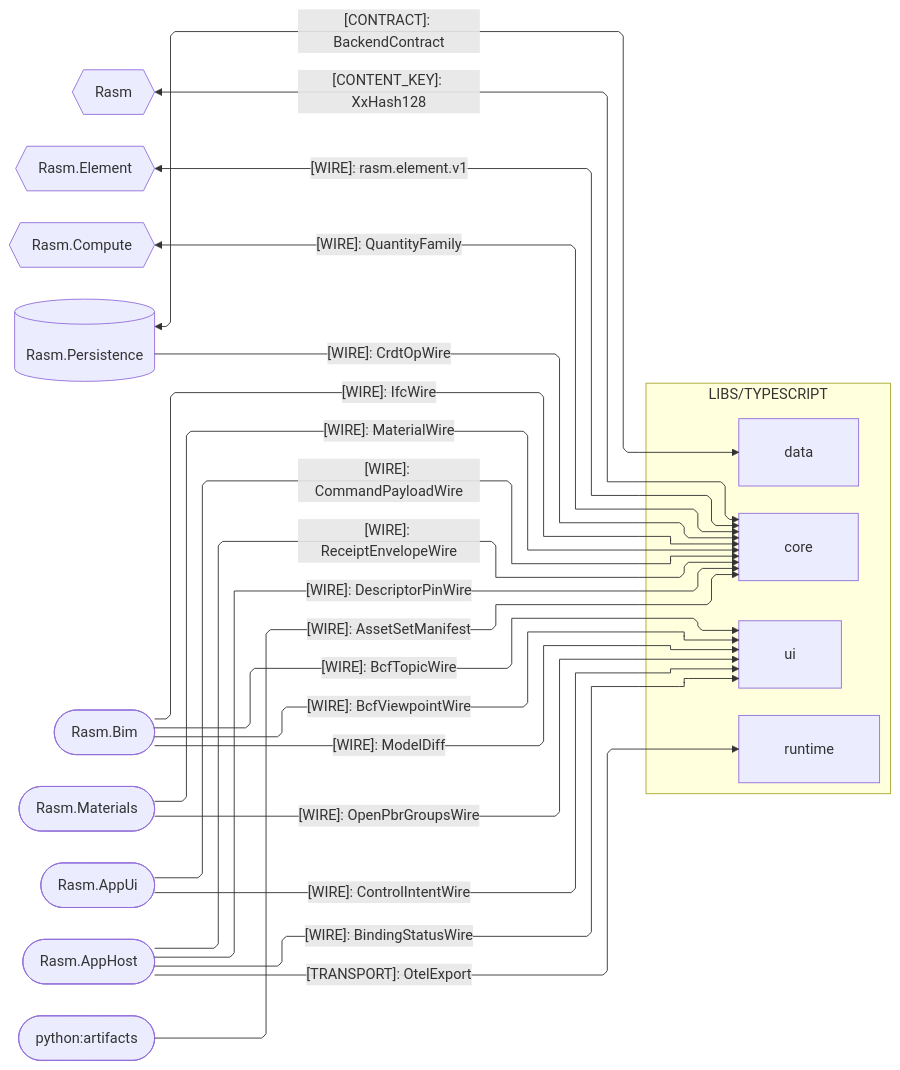
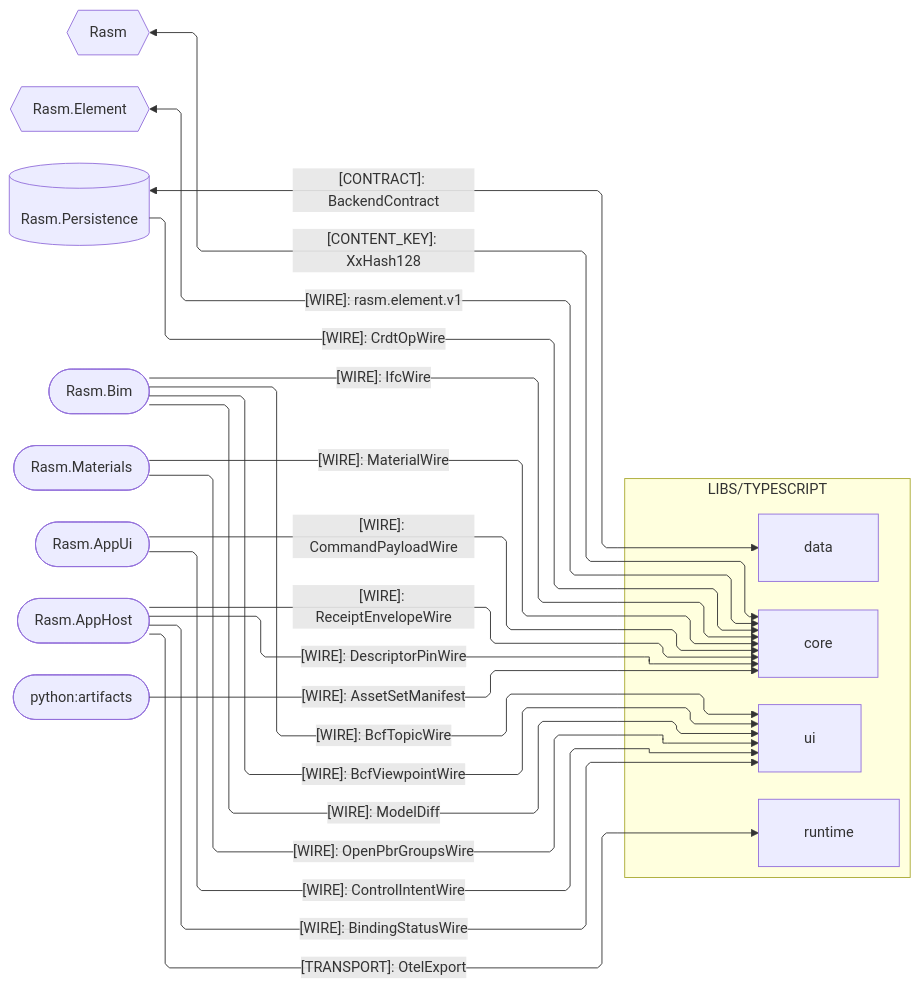
Before and after one commit to bsamiee/Rasm: the second of 4 diagrams in libs/typescript/.planning/ARCHITECTURE.md, drawn with Mermaid. The commit also changed 55 other files, not shown here.

````diff
--- a/libs/typescript/.planning/ARCHITECTURE.md
+++ b/libs/typescript/.planning/ARCHITECTURE.md
@@ -76,45 +76,43 @@
 ```mermaid
 ---
 config:
   layout: elk
   flowchart:
     curve: linear
     padding: 25
 ---
 flowchart LR
     accTitle: TypeScript external seam registry
     accDescr: TypeScript exchanges kinded wires and the backend contract with C# packages and the neutral Python artifact producer.
     subgraph ts[LIBS/TYPESCRIPT]
         Core[core]
         Data[data]
         Runtime[runtime]
         Ui[ui]
     end
     Rasm{{Rasm}}
     Element{{Rasm.Element}}
-    Compute{{Rasm.Compute}}
     Persistence[(Rasm.Persistence)]
     Bim([Rasm.Bim])
     Materials([Rasm.Materials])
     AppUi([Rasm.AppUi])
     AppHost([Rasm.AppHost])
     Artifacts([python:artifacts])
     Rasm e1@<-->|"[CONTENT_KEY]: XxHash128"| Core
     Element e2@<-->|"[WIRE]: rasm.element.v1"| Core
-    Compute e3@<-->|"[WIRE]: QuantityFamily"| Core
     Persistence e4@-->|"[WIRE]: CrdtOpWire"| Core
     Persistence e14@<-->|"[CONTRACT]: BackendContract"| Data
     Bim e6@-->|"[WIRE]: IfcWire"| Core
     Materials e7@-->|"[WIRE]: MaterialWire"| Core
     AppUi e8@-->|"[WIRE]: CommandPayloadWire"| Core
     AppHost e5@-->|"[WIRE]: ReceiptEnvelopeWire"| Core
     Bim e12@-->|"[WIRE]: BcfTopicWire"| Ui
     Bim e18@-->|"[WIRE]: BcfViewpointWire"| Ui
     Bim e15@-->|"[WIRE]: ModelDiff"| Ui
     Materials e13@-->|"[WIRE]: OpenPbrGroupsWire"| Ui
     AppUi e11@-->|"[WIRE]: ControlIntentWire"| Ui
     AppHost e10@-->|"[WIRE]: BindingStatusWire"| Ui
     AppHost e9@-->|"[TRANSPORT]: OtelExport"| Runtime
     AppHost e16@-->|"[WIRE]: DescriptorPinWire"| Core
     Artifacts e17@-->|"[WIRE]: AssetSetManifest"| Core
 ```
````
